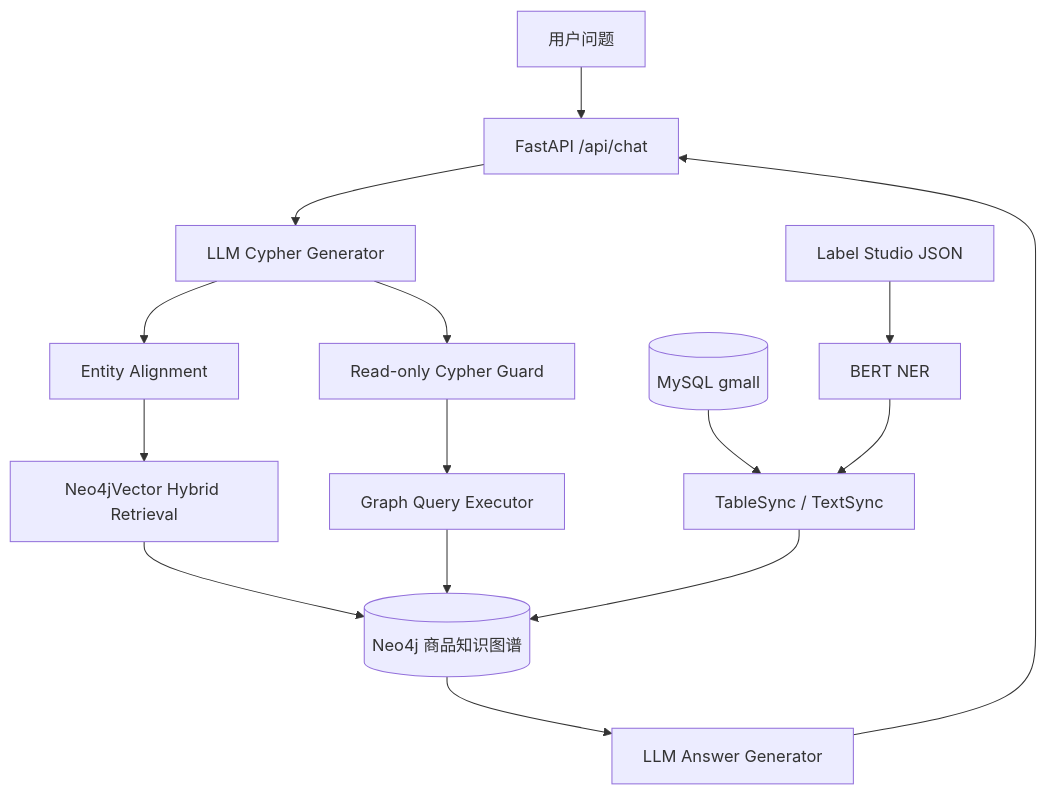
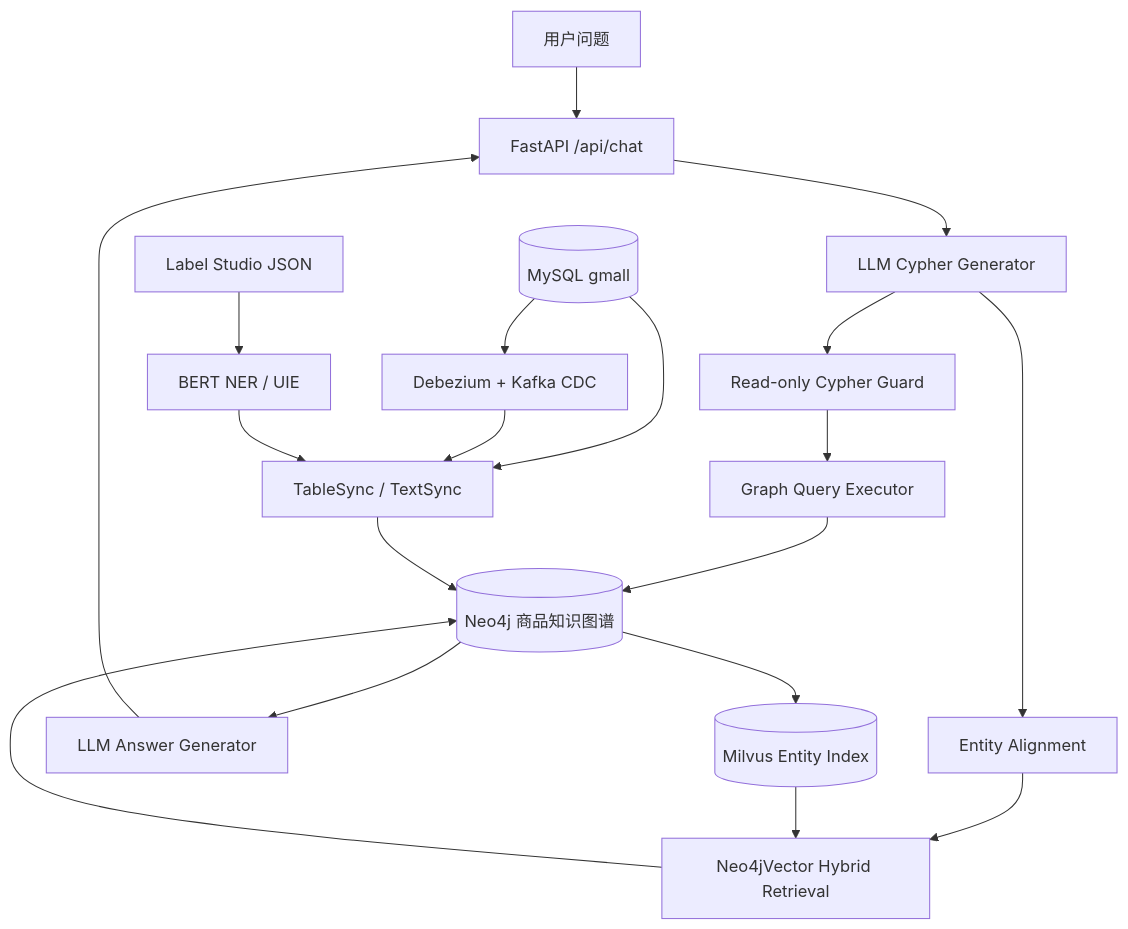
Before and after one commit to XiaoFeiCode/graph_rag: the diagram in README.md, drawn with Mermaid. The commit also changed other lines of this file and 19 other files, not shown here.

````diff
--- a/README.md
+++ b/README.md
@@ -40,18 +43,22 @@
 ```mermaid
 flowchart TB
     User[用户问题] --> API[FastAPI /api/chat]
     API --> Generator[LLM Cypher Generator]
     Generator --> Guard[Read-only Cypher Guard]
     Generator --> Entity[Entity Alignment]
     Entity --> Hybrid[Neo4jVector Hybrid Retrieval]
     Hybrid --> Graph[(Neo4j 商品知识图谱)]
     Guard --> Executor[Graph Query Executor]
     Executor --> Graph
     Graph --> Answer[LLM Answer Generator]
     Answer --> API
 
     MySQL[(MySQL gmall)] --> Sync[TableSync / TextSync]
-    Label[Label Studio JSON] --> NER[BERT NER]
+    MySQL --> CDC[Debezium + Kafka CDC]
+    CDC --> Sync
+    Label[Label Studio JSON] --> NER[BERT NER / UIE]
     NER --> Sync
     Sync --> Graph
+    Graph --> Milvus[(Milvus Entity Index)]
+    Milvus --> Hybrid
 ```
````
